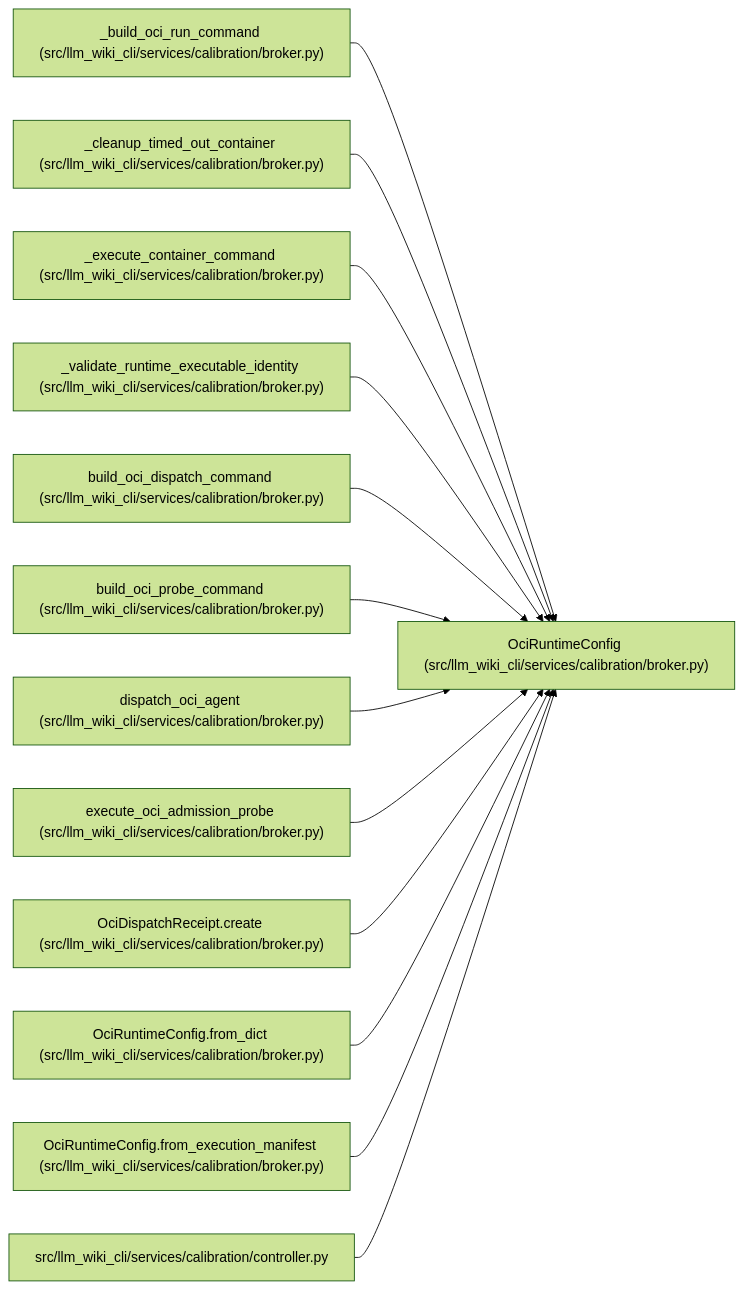
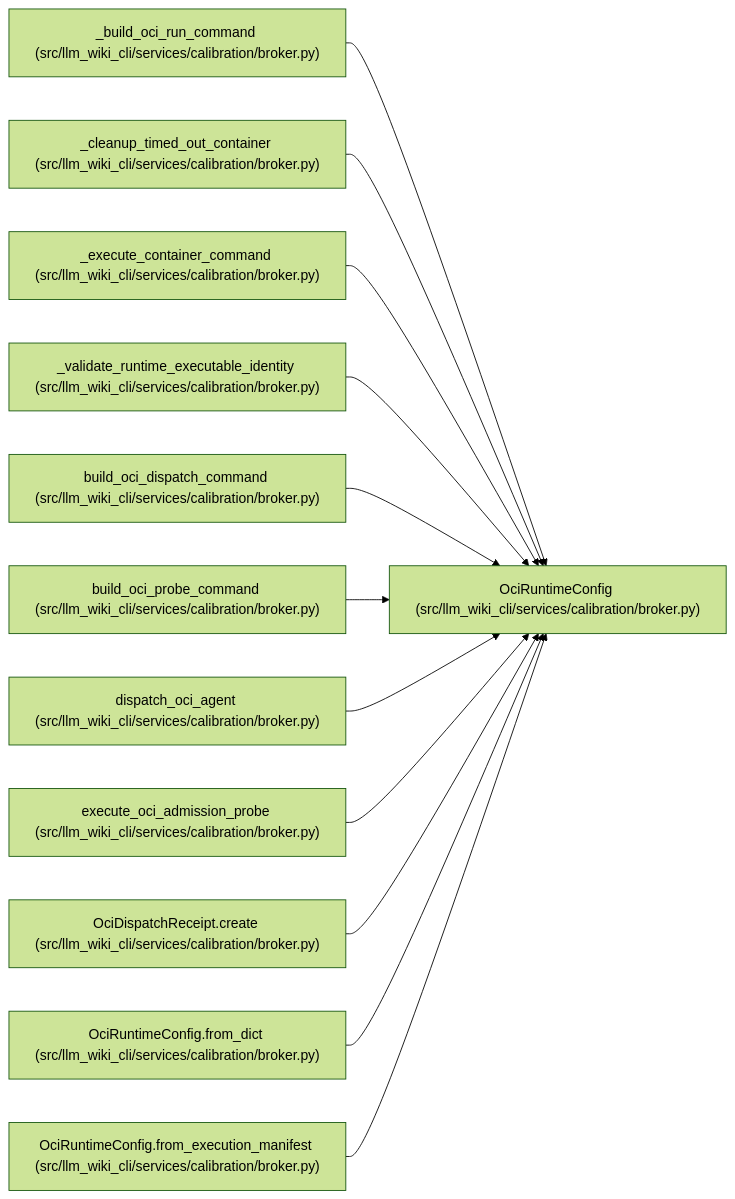
One commit to Denissvgn/python-wiki-llm changed the diagram in docs/llm_wiki/entities/OciRuntimeConfig.md. Above: the diagram before and after it, drawn with Mermaid (forest theme). The commit also changed other lines of this file and 719 other files, not shown here.

````diff
--- a/docs/llm_wiki/entities/OciRuntimeConfig.md
+++ b/docs/llm_wiki/entities/OciRuntimeConfig.md
@@ -42,41 +42,38 @@
 ```mermaid
 flowchart LR
     n0["OciRuntimeConfig (src/llm_wiki_cli/services/calibration/broker.py)"]
     n1["_build_oci_run_command (src/llm_wiki_cli/services/calibration/broker.py)"]
     n2["_cleanup_timed_out_container (src/llm_wiki_cli/services/calibration/broker.py)"]
     n3["_execute_container_command (src/llm_wiki_cli/services/calibration/broker.py)"]
     n4["_validate_runtime_executable_identity (src/llm_wiki_cli/services/calibration/broker.py)"]
     n5["build_oci_dispatch_command (src/llm_wiki_cli/services/calibration/broker.py)"]
     n6["build_oci_probe_command (src/llm_wiki_cli/services/calibration/broker.py)"]
     n7["dispatch_oci_agent (src/llm_wiki_cli/services/calibration/broker.py)"]
     n8["execute_oci_admission_probe (src/llm_wiki_cli/services/calibration/broker.py)"]
     n9["OciDispatchReceipt.create (src/llm_wiki_cli/services/calibration/broker.py)"]
     n10["OciRuntimeConfig.from_dict (src/llm_wiki_cli/services/calibration/broker.py)"]
     n11["OciRuntimeConfig.from_execution_manifest (src/llm_wiki_cli/services/calibration/broker.py)"]
-    n12["src/llm_wiki_cli/services/calibration/controller.py"]
     n1 --> n0
     n2 --> n0
     n3 --> n0
     n4 --> n0
     n5 --> n0
     n6 --> n0
     n7 --> n0
     n8 --> n0
     n9 --> n0
     n10 --> n0
     n11 --> n0
-    n12 --> n0
     click n0 "../modules/broker.md"
     click n1 "../modules/broker.md"
     click n2 "../modules/broker.md"
     click n3 "../modules/broker.md"
     click n4 "../modules/broker.md"
     click n5 "../modules/broker.md"
     click n6 "../modules/broker.md"
     click n7 "../modules/broker.md"
     click n8 "../modules/broker.md"
     click n9 "../modules/broker.md"
     click n10 "../modules/broker.md"
     click n11 "../modules/broker.md"
-    click n12 "../modules/controller.md"
 ```
````
